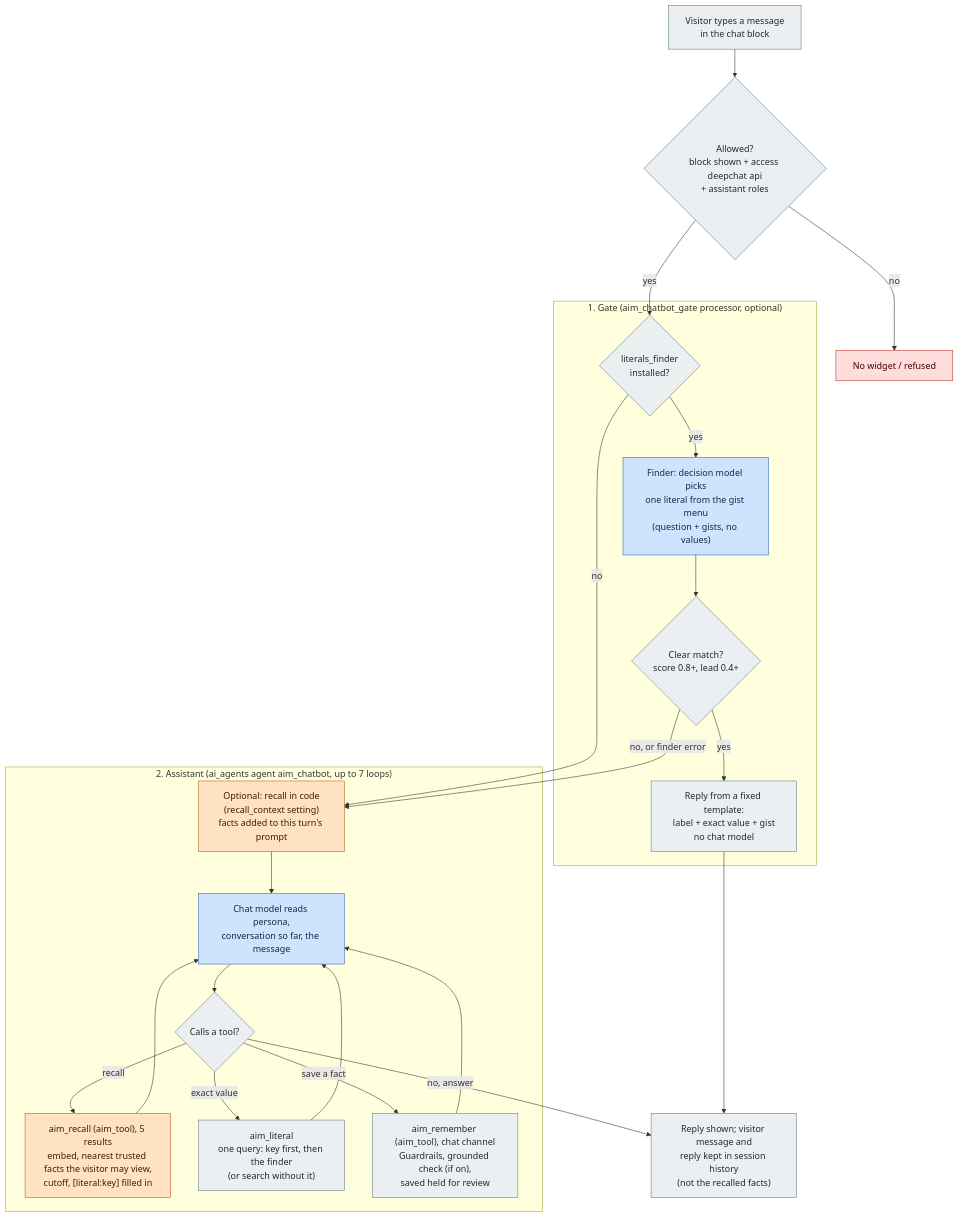
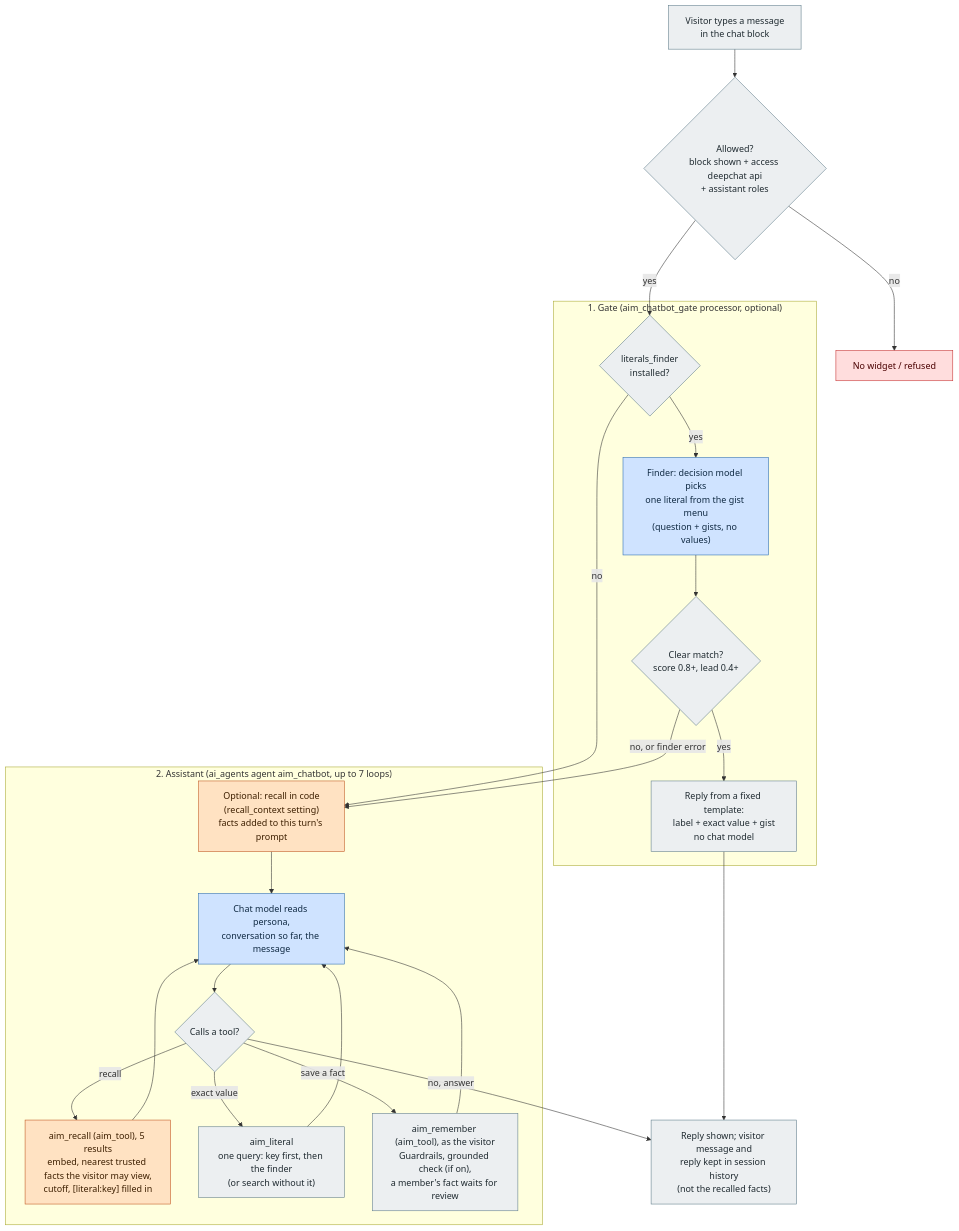
Before and after one commit to NikLP/aim: the sixth of 6 diagrams in adr/workflow-diagram.md, drawn with Mermaid. The commit also changed other lines of this file and 46 other files, not shown here.

````diff
--- a/adr/workflow-diagram.md
+++ b/adr/workflow-diagram.md
@@ -410,42 +400,42 @@
 ```mermaid
 flowchart TD
   classDef llm fill:#cfe3ff,stroke:#2b6cb0,color:#102a43
   classDef vec fill:#ffe2c2,stroke:#c05621,color:#3d1f00
   classDef code fill:#eceff1,stroke:#607d8b,color:#1f2a30
   classDef bad fill:#fdd,stroke:#c53030,color:#4a0000
 
   V["Visitor types a message<br/>in the chat block"]:::code
   ACC{"Allowed?<br/>block shown + access deepchat api<br/>+ assistant roles"}:::code
   NO["No widget / refused"]:::bad
 
   subgraph GATE["1. Gate (aim_chatbot_gate processor, optional)"]
     G1{"literals_finder<br/>installed?"}:::code
     G2["Finder: decision model picks<br/>one literal from the gist menu<br/>(question + gists, no values)"]:::llm
     G3{"Clear match?<br/>score 0.8+, lead 0.4+"}:::code
     G4["Reply from a fixed template:<br/>label + exact value + gist<br/>no chat model"]:::code
   end
 
   subgraph AGENT["2. Assistant (ai_agents agent aim_chatbot, up to 7 loops)"]
     P["Optional: recall in code<br/>(recall_context setting)<br/>facts added to this turn's prompt"]:::vec
     M["Chat model reads persona,<br/>conversation so far, the message"]:::llm
     T{"Calls a tool?"}:::code
     R["aim_recall (aim_tool), 5 results<br/>embed, nearest trusted facts the visitor may view,<br/>cutoff, [literal:key] filled in"]:::vec
     L["aim_literal<br/>one query: key first, then the finder<br/>(or search without it)"]:::code
-    W["aim_remember (aim_tool), chat channel<br/>Guardrails, grounded check (if on),<br/>saved held for review"]:::code
+    W["aim_remember (aim_tool), as the visitor<br/>Guardrails, grounded check (if on),<br/>a member's fact waits for review"]:::code
   end
 
   OUT["Reply shown; visitor message and<br/>reply kept in session history<br/>(not the recalled facts)"]:::code
 
   V --> ACC
   ACC -->|no| NO
   ACC -->|yes| G1
   G1 -->|no| P
   G1 -->|yes| G2 --> G3
   G3 -->|yes| G4 --> OUT
   G3 -->|"no, or finder error"| P
   P --> M --> T
   T -->|recall| R --> M
   T -->|exact value| L --> M
   T -->|save a fact| W --> M
   T -->|"no, answer"| OUT
 ```
````
